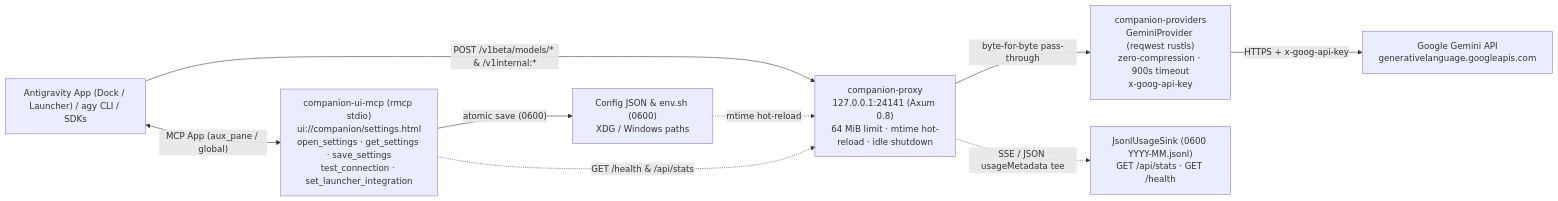
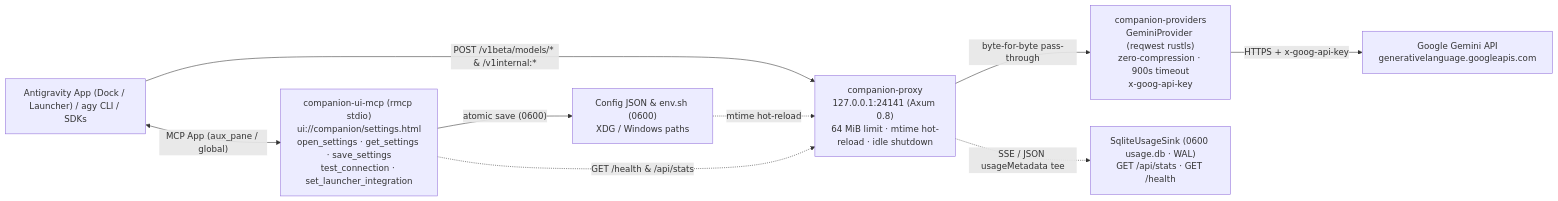
The diagram in README.md (Jacksunwei/agy-companion), drawn with Mermaid before and after one commit. The commit also changed other lines of this file and 28 other files, not shown here.

````diff
--- a/README.md
+++ b/README.md
@@ -10,19 +10,19 @@
 ```mermaid
 flowchart LR
     Client["Antigravity App (Dock / Launcher) / agy CLI / SDKs"]
     Proxy["companion-proxy<br/>127.0.0.1:24141 (Axum 0.8)<br/>64 MiB limit · mtime hot-reload · idle shutdown"]
     Provider["companion-providers<br/>GeminiProvider (reqwest rustls)<br/>zero-compression · 900s timeout<br/>x-goog-api-key"]
     Gemini["Google Gemini API<br/>generativelanguage.googleapis.com"]
-    Usage["JsonlUsageSink (0600 YYYY-MM.jsonl)<br/>GET /api/stats · GET /health"]
+    Usage["SqliteUsageSink (0600 usage.db · WAL)<br/>GET /api/stats · GET /health"]
     Mcp["companion-ui-mcp (rmcp stdio)<br/>ui://companion/settings.html<br/>open_settings · get_settings · save_settings<br/>test_connection · set_launcher_integration"]
     Config["Config JSON & env.sh (0600)<br/>XDG / Windows paths"]
 
     Client -->|"POST /v1beta/models/* & /v1internal:*"| Proxy
     Proxy -->|"byte-for-byte pass-through"| Provider
     Provider -->|"HTTPS + x-goog-api-key"| Gemini
     Proxy -.->|"SSE / JSON usageMetadata tee"| Usage
     Client <-->|"MCP App (aux_pane / global)"| Mcp
     Mcp -->|"atomic save (0600)"| Config
     Config -.->|"mtime hot-reload"| Proxy
     Mcp -.->|"GET /health & /api/stats"| Proxy
 ```
````
